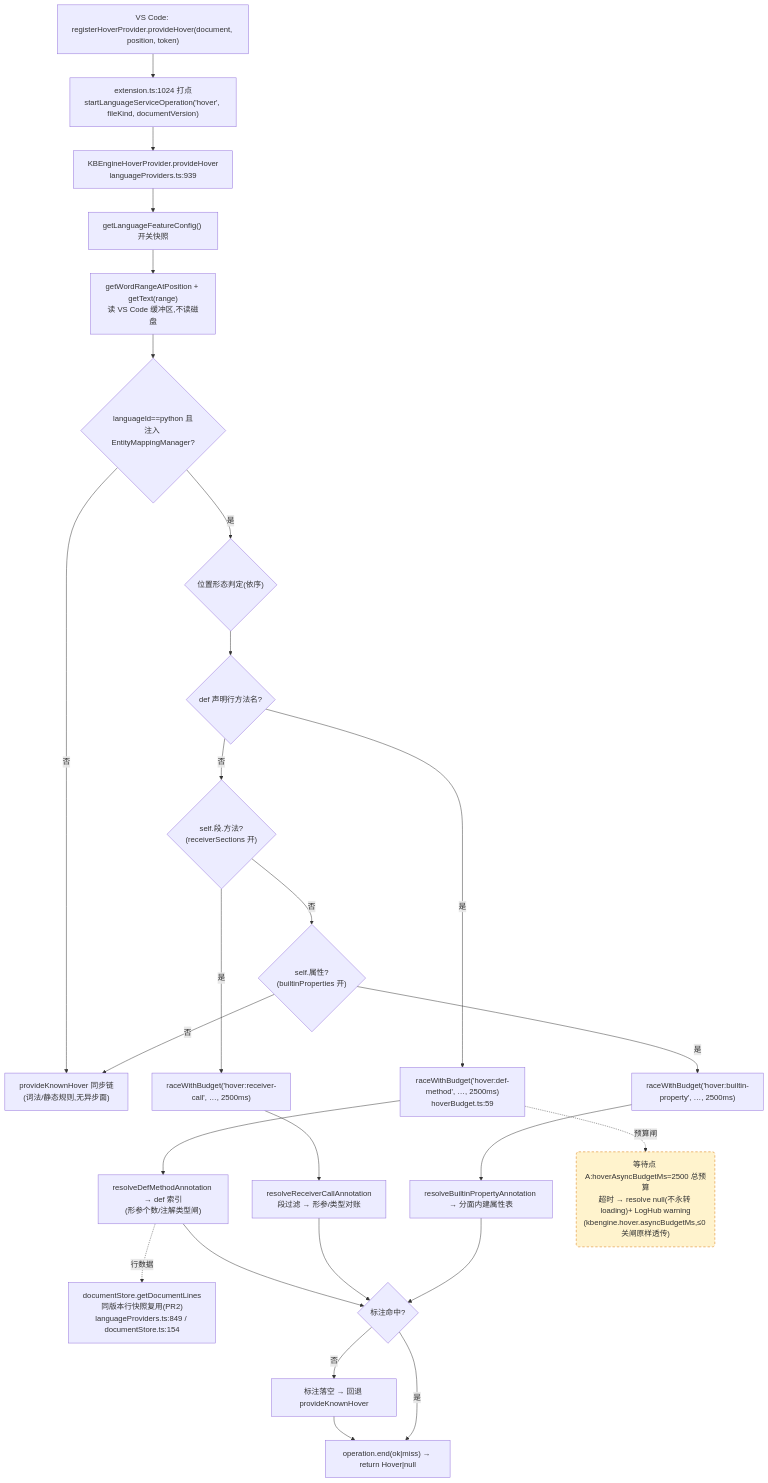
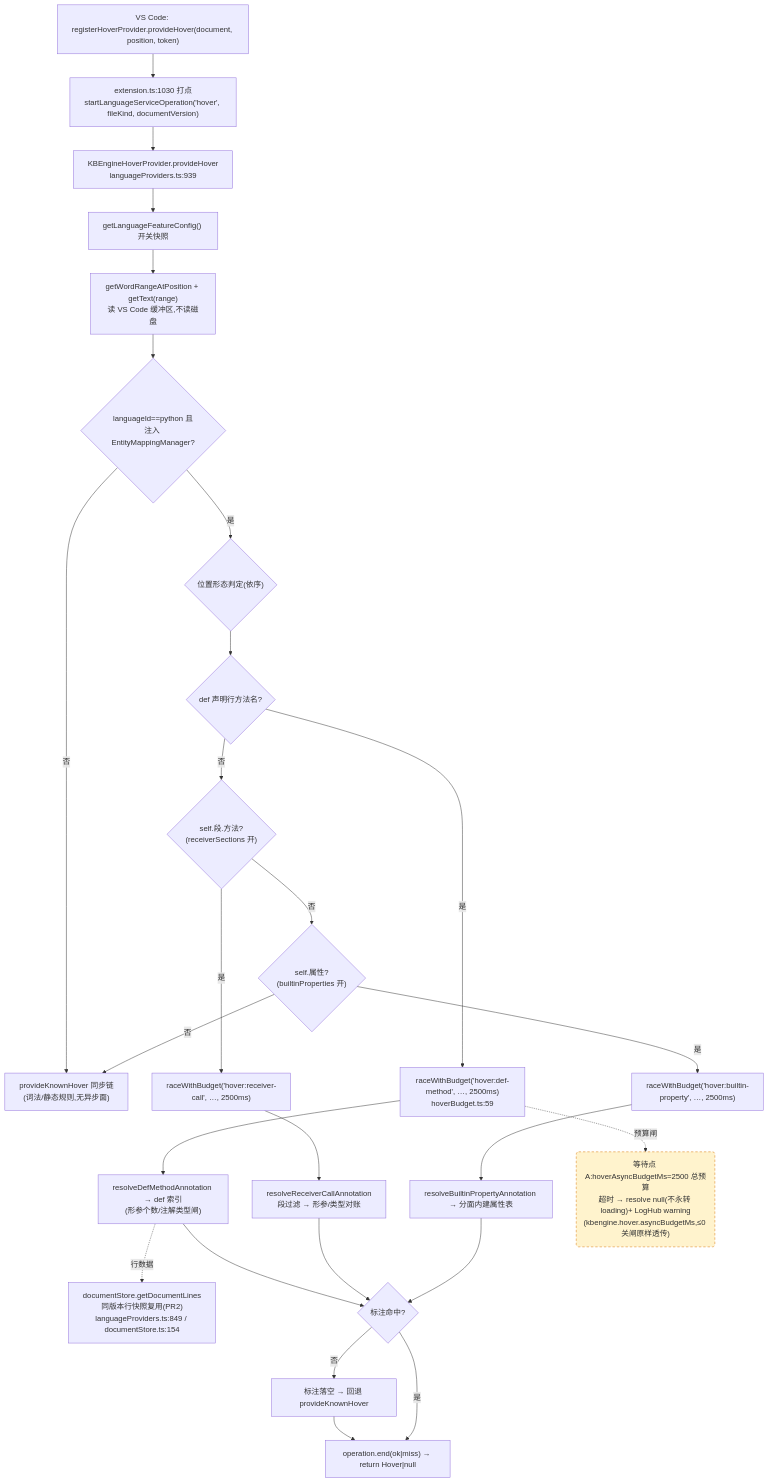
One commit to cuihairu/kode changed the first of 4 diagrams in docs/perf/2026-baseline.md. Above: the diagram before and after it, drawn with Mermaid. The commit also changed other lines of this file and 3 other files, not shown here.

````diff
--- a/docs/perf/2026-baseline.md
+++ b/docs/perf/2026-baseline.md
@@ -82,45 +82,45 @@
 ```mermaid
 flowchart TD
   VC1["VS Code: registerHoverProvider.provideHover(document, position, token)"]
-  M1["extension.ts:1024 打点<br/>startLanguageServiceOperation('hover', fileKind, documentVersion)"]
+  M1["extension.ts:1030 打点<br/>startLanguageServiceOperation('hover', fileKind, documentVersion)"]
   HP["KBEngineHoverProvider.provideHover<br/>languageProviders.ts:939"]
   CFG["getLanguageFeatureConfig() 开关快照"]
   WORD["getWordRangeAtPosition + getText(range)<br/>读 VS Code 缓冲区,不读磁盘"]
   BR{"languageId==python 且<br/>注入 EntityMappingManager?"}
   KN["provideKnownHover 同步链<br/>(词法/静态规则,无异步面)"]
   POS{"位置形态判定(依序)"}
   D1{"def 声明行方法名?"}
   D2{"self.段.方法?<br/>(receiverSections 开)"}
   D3{"self.属性?<br/>(builtinProperties 开)"}
   RA1["raceWithBudget('hover:def-method', …, 2500ms)<br/>hoverBudget.ts:59"]
   RA2["raceWithBudget('hover:receiver-call', …, 2500ms)"]
   RA3["raceWithBudget('hover:builtin-property', …, 2500ms)"]
   RS1["resolveDefMethodAnnotation → def 索引<br/>(形参个数/注解类型闸)"]
   RS2["resolveReceiverCallAnnotation<br/>段过滤 → 形参/类型对账"]
   RS3["resolveBuiltinPropertyAnnotation → 分面内建属性表"]
   LINES["documentStore.getDocumentLines<br/>同版本行快照复用(PR2)<br/>languageProviders.ts:849 / documentStore.ts:154"]
   MISS["标注落空 → 回退 provideKnownHover"]
   END1["operation.end(ok|miss) → return Hover|null"]
 
   VC1 --> M1 --> HP --> CFG --> WORD --> BR
   BR -- "否" --> KN
   BR -- "是" --> POS --> D1
   D1 -- "是" --> RA1 --> RS1
   D1 -- "否" --> D2
   D2 -- "是" --> RA2 --> RS2
   D2 -- "否" --> D3
   D3 -- "是" --> RA3 --> RS3
   D3 -- "否" --> KN
   RS1 --> HIT{"标注命中?"}
   RS2 --> HIT
   RS3 --> HIT
   RS1 -.->|行数据| LINES
   HIT -- "否" --> MISS --> END1
   HIT -- "是" --> END1
 
   WAITA("等待点 A:hoverAsyncBudgetMs=2500 总预算<br/>超时 → resolve null(不永转 loading)+ LogHub warning<br/>(kbengine.hover.asyncBudgetMs,≤0 关闸原样透传)")
   RA1 -.->|预算闸| WAITA
 
   classDef waitPoint fill:#fff3cd,stroke:#d97706,stroke-dasharray:5 4;
   class WAITA waitPoint;
 ```
````
